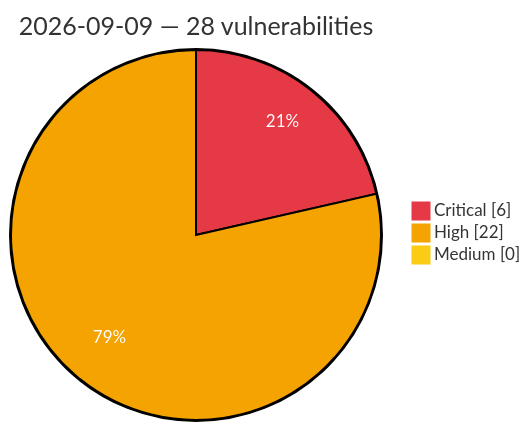
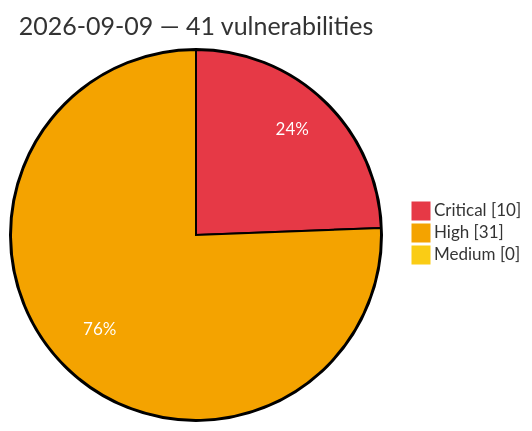
Before and after one commit to GhostX0X/vuln-tracker: the diagram in vulnerabilities/2026/September/2026-09-09.md, drawn with Mermaid. The commit also changed other lines of this file and 5 other files, not shown here.

Commit message:
Auto update: critical/high vulns (2026-09-09 15:06 UTC)

````diff
--- a/vulnerabilities/2026/September/2026-09-09.md
+++ b/vulnerabilities/2026/September/2026-09-09.md
@@ -3,8 +3,8 @@
 ```mermaid
 %%{init: {'theme':'base', 'themeVariables': {'pie1':'#e63946', 'pie2':'#f4a300', 'pie3':'#facc15', 'pieOpacity':'1', 'pieOuterStrokeWidth':'2px', 'pieSectionTextColor':'#ffffff'}}}%%
 pie showData
-    title 2026-09-09 — 28 vulnerabilities
-    "Critical" : 6
-    "High" : 22
+    title 2026-09-09 — 41 vulnerabilities
+    "Critical" : 10
+    "High" : 31
     "Medium" : 0
 ```
````
